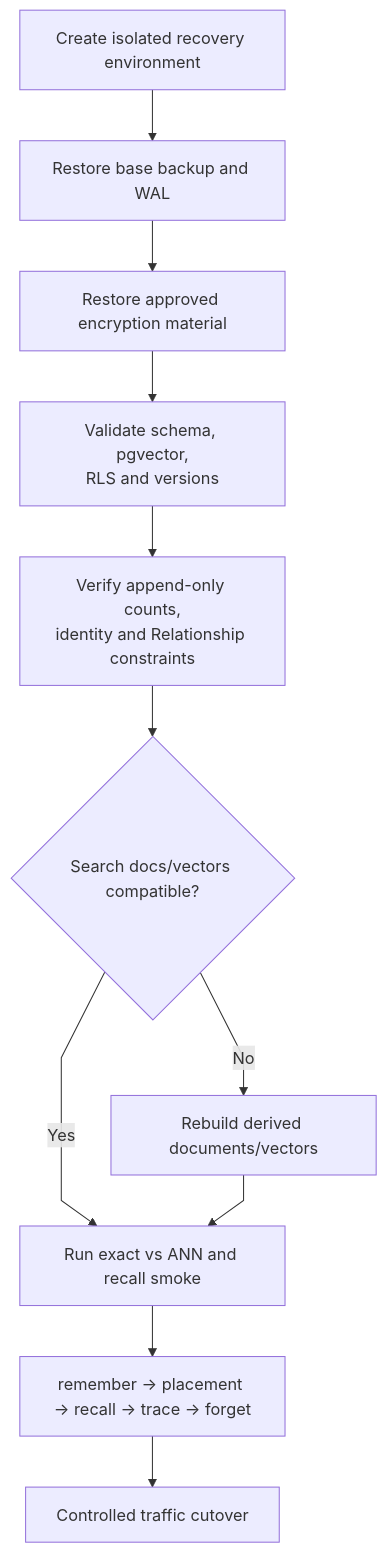
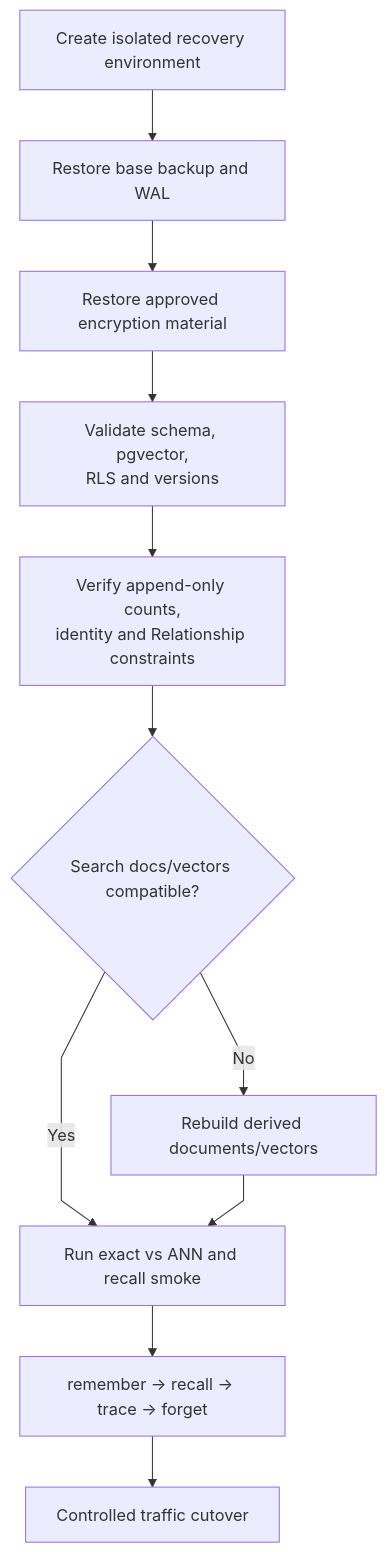
One commit to markhuangai/dense-mem changed the ninth of 10 diagrams in Operations-Runbook.md. Above: the diagram before and after it, drawn with Mermaid. The commit also changed other lines of this file and 24 other files, not shown here.

````diff
--- a/Operations-Runbook.md
+++ b/Operations-Runbook.md
@@ -969,14 +978,14 @@
 ```mermaid
 %%{init: {"flowchart": {"curve": "linear"}}}%%
 flowchart TD
   Isolate["Create isolated recovery environment"] --> Restore["Restore base backup and WAL"]
   Restore --> Secrets["Restore approved encryption material"]
   Secrets --> Validate["Validate schema, pgvector,<br/>RLS and versions"]
   Validate --> Ledger["Verify append-only counts,<br/>identity and Relationship constraints"]
   Ledger --> Search{"Search docs/vectors compatible?"}
   Search -- No --> Rebuild["Rebuild derived documents/vectors"]
   Search -- Yes --> Recall["Run exact vs ANN and recall smoke"]
   Rebuild --> Recall
-  Recall --> EndToEnd["remember → placement → recall → trace → forget"]
+  Recall --> EndToEnd["remember → recall → trace → forget"]
   EndToEnd --> Cutover["Controlled traffic cutover"]
 ```
````
